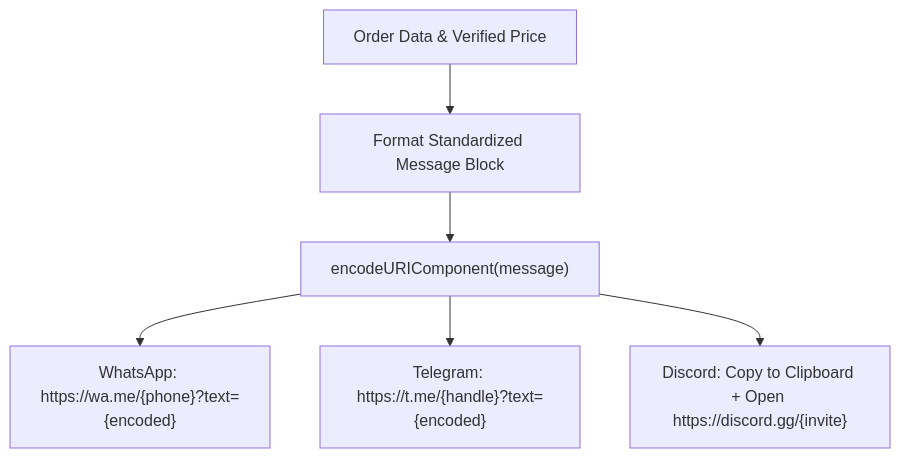
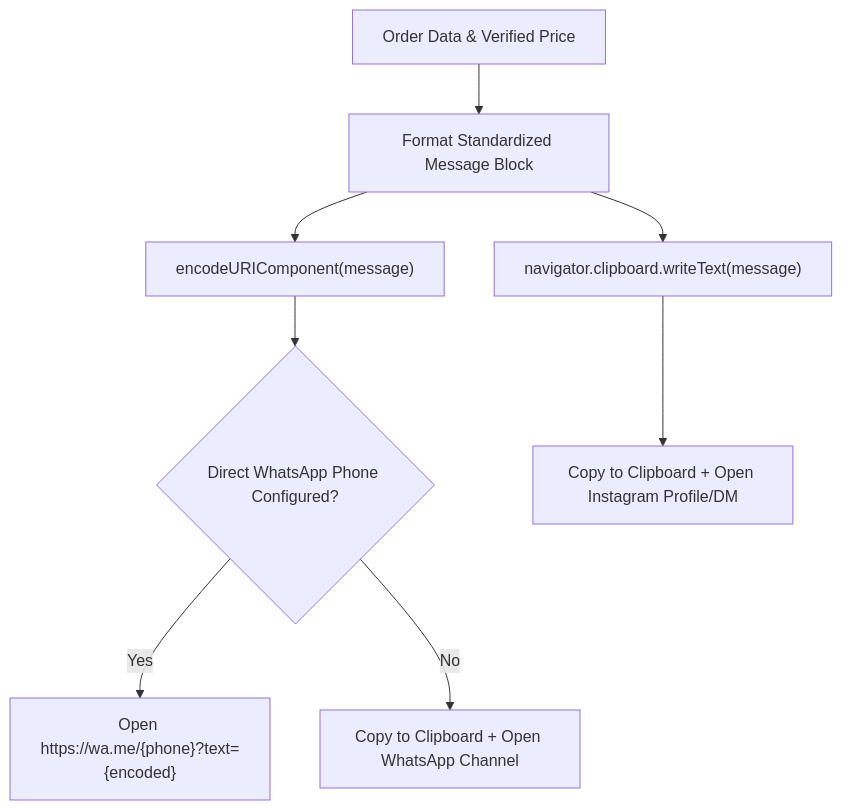
One commit to hrutavmodha/smex-store changed the third of 4 diagrams in docs/internal/design/lld/mlbb-boosting.md. Above: the diagram before and after it, drawn with Mermaid. The commit also changed other lines of this file and 24 other files, not shown here.

````diff
--- a/docs/internal/design/lld/mlbb-boosting.md
+++ b/docs/internal/design/lld/mlbb-boosting.md
@@ -248,9 +246,12 @@
 ```mermaid
 flowchart TD
     ORDER_DATA["Order Data & Verified Price"] --> FORMAT_MSG["Format Standardized Message Block"]
+    FORMAT_MSG --> CLIPBOARD["navigator.clipboard.writeText(message)"]
     FORMAT_MSG --> ENCODE["encodeURIComponent(message)"]
 
-    ENCODE --> WA_LINK["WhatsApp: https://wa.me/{phone}?text={encoded}"]
-    ENCODE --> TG_LINK["Telegram: https://t.me/{handle}?text={encoded}"]
-    ENCODE --> DC_ACTION["Discord: Copy to Clipboard + Open https://discord.gg/{invite}"]
+    ENCODE --> WA_CHECK{"Direct WhatsApp Phone Configured?"}
+    WA_CHECK -->|Yes| WA_DIRECT["Open https://wa.me/{phone}?text={encoded}"]
+    WA_CHECK -->|No| WA_CHAN["Copy to Clipboard + Open WhatsApp Channel"]
+
+    CLIPBOARD --> IG_ACTION["Copy to Clipboard + Open Instagram Profile/DM"]
 ```
````
